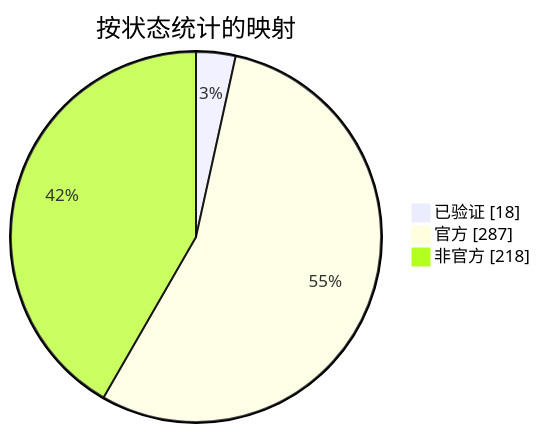
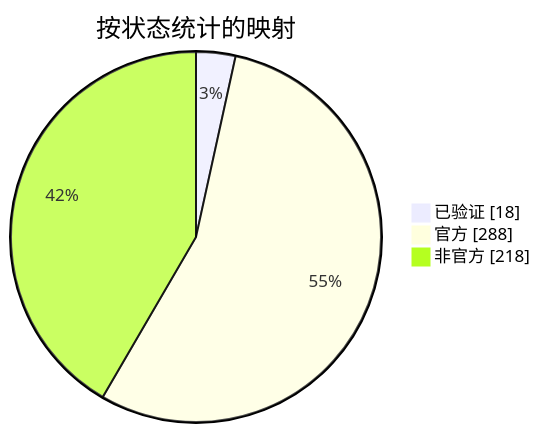
The diagram in docs/readme/README_ZHS.md (nobrega8/mbmap-library), drawn with Mermaid before and after one commit. The commit also changed 5 other files, not shown here.

````diff
--- a/docs/readme/README_ZHS.md
+++ b/docs/readme/README_ZHS.md
@@ -54,7 +54,7 @@
 ```mermaid
 pie showData
     title 按状态统计的映射
     "已验证" : 18
-    "官方" : 287
+    "官方" : 288
     "非官方" : 218
 ```
````
